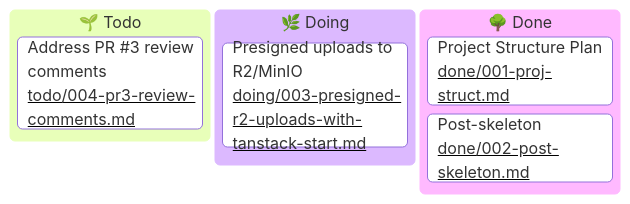
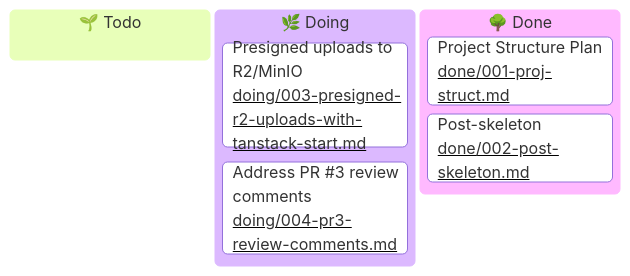
Before and after one commit to zyplux/zyp-ocr: the diagram in plan/board/README.md, drawn with Mermaid. The commit also changed 3 other files, not shown here.

````diff
--- a/plan/board/README.md
+++ b/plan/board/README.md
@@ -3,15 +3,15 @@
 ```mermaid
 ---
 config:
   kanban:
     ticketBaseUrl: 'https://github.com/realSergiy/totvibe-ocr/blob/main/plan/board/#TICKET#'
 ---
 kanban
   🌱 Todo
-    [Address PR #3 review comments]@{ ticket: 'todo/004-pr3-review-comments.md' }
   🌿 Doing
     [Presigned uploads to R2/MinIO]@{ ticket: 'doing/003-presigned-r2-uploads-with-tanstack-start.md' }
+    [Address PR #3 review comments]@{ ticket: 'doing/004-pr3-review-comments.md' }
   🌳 Done
     [Project Structure Plan]@{ ticket: 'done/001-proj-struct.md' }
     [Post-skeleton]@{ ticket: 'done/002-post-skeleton.md' }
 ```
````
